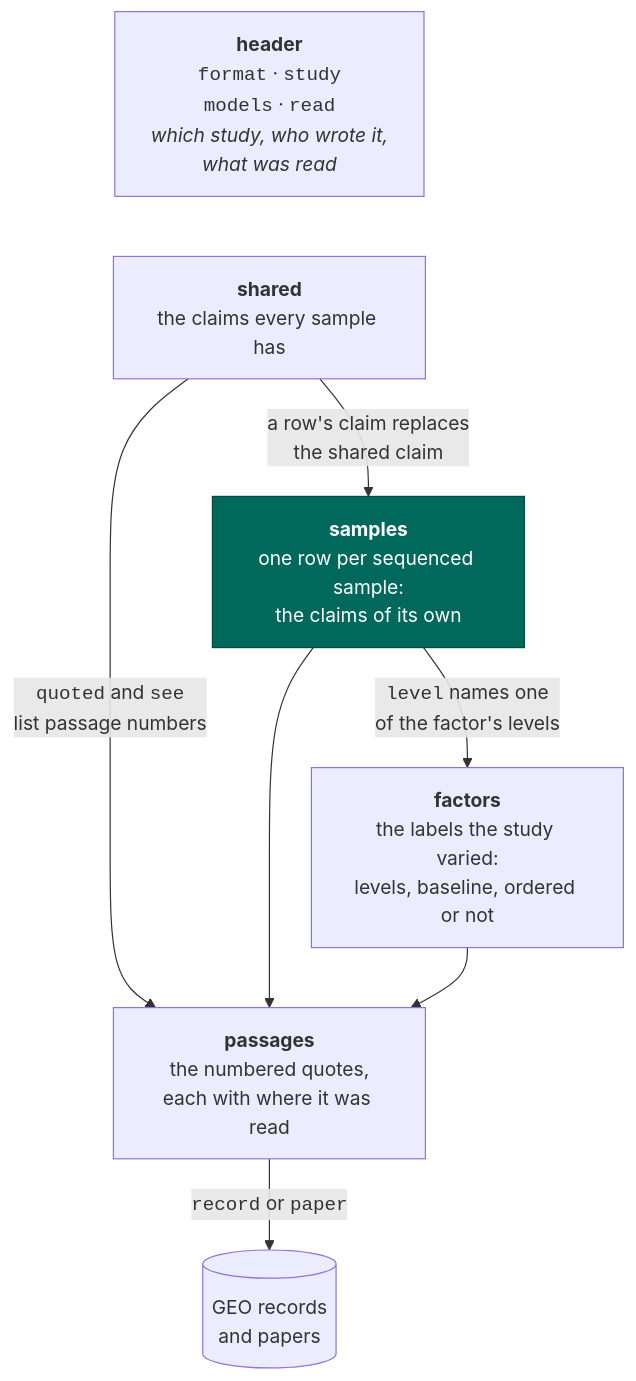
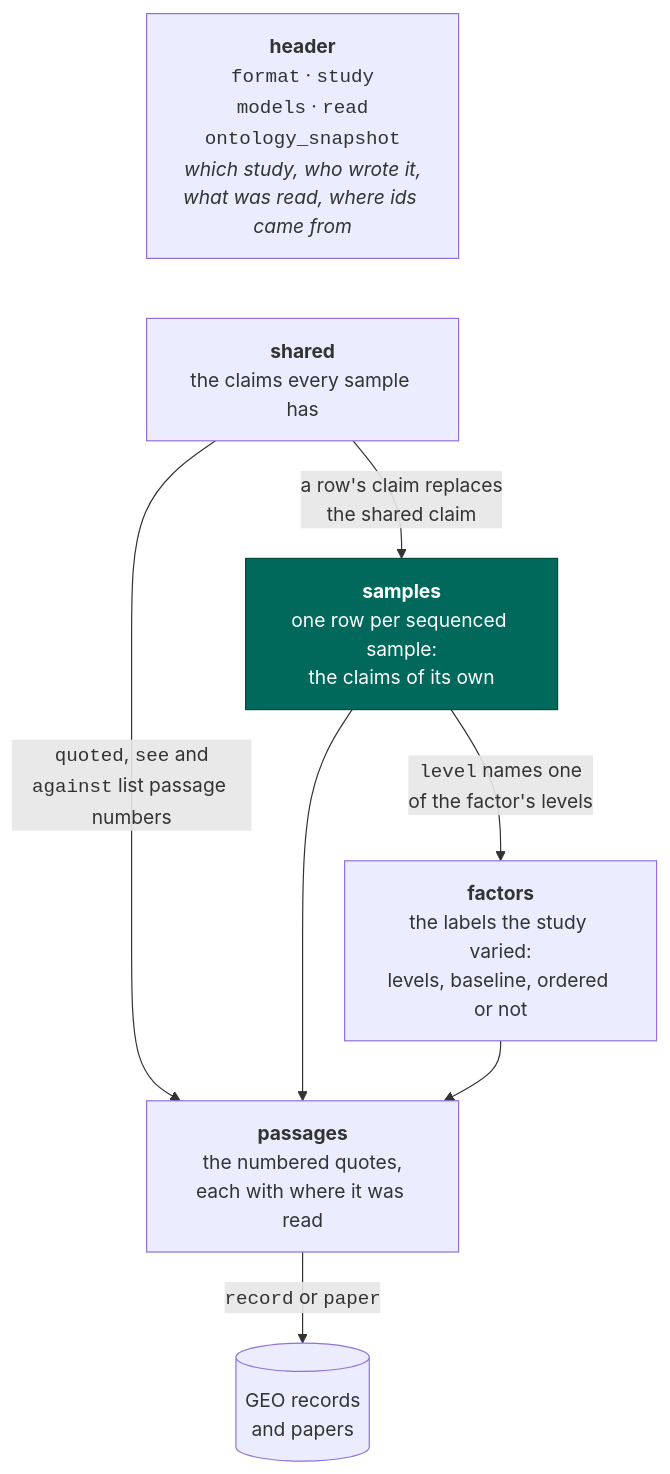
Before and after one commit to liuhlab/seqforge: the first of 3 diagrams in docs/formats/reading.md, drawn with Mermaid. The commit also changed other lines of this file and 15 other files, not shown here.

````diff
--- a/docs/formats/reading.md
+++ b/docs/formats/reading.md
@@ -22,21 +22,21 @@
 ```mermaid
 flowchart TD
-    HEAD["<b>header</b><br/><code>format</code> · <code>study</code><br/><code>models</code> · <code>read</code><br/><i>which study, who wrote it,<br/>what was read</i>"]
+    HEAD["<b>header</b><br/><code>format</code> · <code>study</code><br/><code>models</code> · <code>read</code><br/><code>ontology_snapshot</code><br/><i>which study, who wrote it,<br/>what was read, where ids came from</i>"]
     SHARED["<b>shared</b><br/>the claims every sample has"]
     SAMPLES["<span style='color:#fff'><b>samples</b><br/>one row per sequenced sample:<br/>the claims of its own</span>"]
     FACTORS["<b>factors</b><br/>the labels the study varied:<br/>levels, baseline, ordered or not"]
     PASSAGES["<b>passages</b><br/>the numbered quotes,<br/>each with where it was read"]
     SRC[("GEO records<br/>and papers")]
 
     HEAD ~~~ SHARED
     SHARED -->|"a row's claim replaces<br/>the shared claim"| SAMPLES
     SAMPLES -->|"<code>level</code> names one<br/>of the factor's levels"| FACTORS
-    SHARED -->|"<code>quoted</code> and <code>see</code><br/>list passage numbers"| PASSAGES
+    SHARED -->|"<code>quoted</code>, <code>see</code> and<br/><code>against</code> list passage numbers"| PASSAGES
     SAMPLES --> PASSAGES
     FACTORS --> PASSAGES
     PASSAGES -->|"<code>record</code> or <code>paper</code>"| SRC
 
     %% The inline white <span> is required on dark fills — see the comment in docs/index.md.
     classDef artifact fill:#00695c,stroke:#004d40
     class SAMPLES artifact
 ```
````
